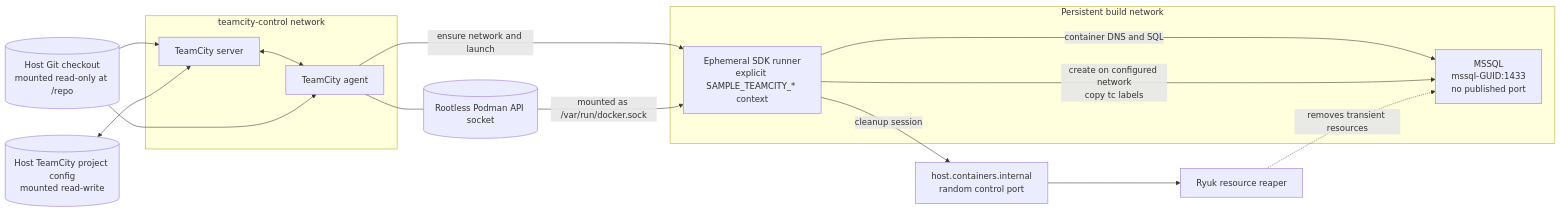
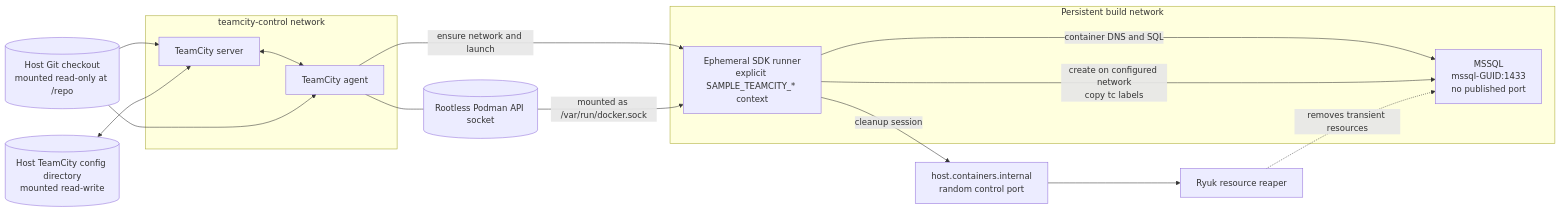
Before and after one commit to maciejw/teamcity-podman-sample: the second of 2 diagrams in ARCHITECTURE.md, drawn with Mermaid. The commit also changed other lines of this file and 3 other files, not shown here.

Commit message:
Fix fresh TeamCity config permissions

````diff
--- a/ARCHITECTURE.md
+++ b/ARCHITECTURE.md
@@ -41,34 +41,34 @@
 ```mermaid
 flowchart LR
     subgraph control[teamcity-control network]
         server[TeamCity server]
         agent[TeamCity agent]
         server <--> agent
     end
 
     repo[(Host Git checkout<br/>mounted read-only at /repo)]
     repo --> server
     repo --> agent
 
-    config[(Host TeamCity project config<br/>mounted read-write)]
+    config[(Host TeamCity config directory<br/>mounted read-write)]
     config <--> server
 
     socket[(Rootless Podman API socket)]
 
     subgraph build[Persistent build network]
         runner[Ephemeral SDK runner<br/>explicit SAMPLE_TEAMCITY_* context]
         sql[MSSQL<br/>mssql-GUID:1433<br/>no published port]
         runner -->|container DNS and SQL| sql
     end
 
     ryuk[Ryuk resource reaper]
     hostOverride[host.containers.internal<br/>random control port]
 
     agent -->|ensure network and launch| runner
     agent --- socket
     socket -->|mounted as /var/run/docker.sock| runner
     runner -->|create on configured network<br/>copy tc labels| sql
     runner -->|cleanup session| hostOverride
     hostOverride --> ryuk
     ryuk -.->|removes transient resources| sql
 ```
````
